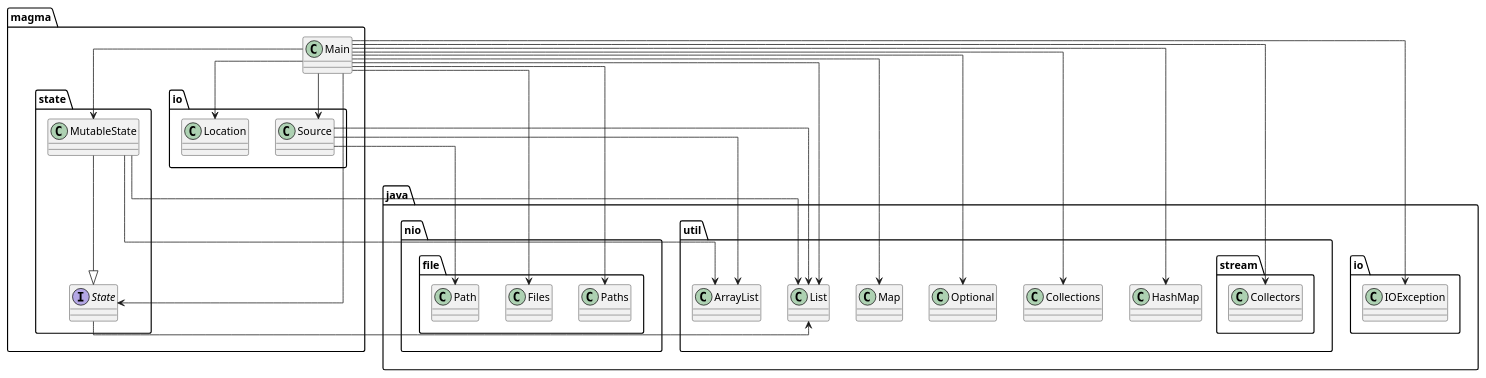
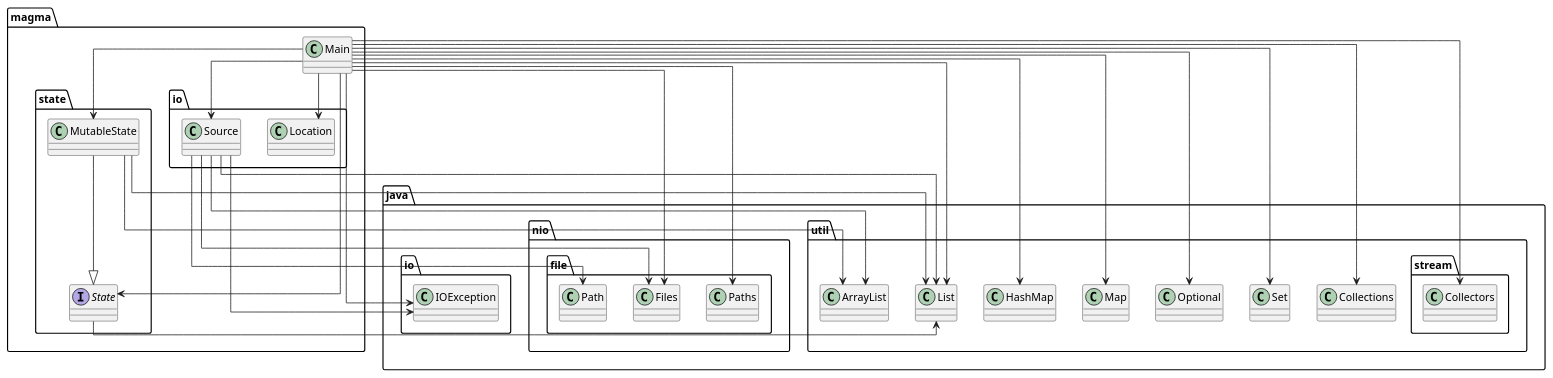
Before and after one commit to SirMathhman/Magma: the diagram in diagram.puml, drawn with PlantUML. The commit also changed 2 other files, not shown here.

```diff
--- a/diagram.puml
+++ b/diagram.puml
@@ -1,28 +1,31 @@
 @startuml
 skinparam linetype ortho
-magma.io.Source --> java.nio.file.Path
-magma.io.Source --> java.util.ArrayList
-magma.io.Source --> java.util.List
-class magma.io.Source
-magma.state.MutableState --> java.util.ArrayList
-magma.state.MutableState --> java.util.List
-class magma.state.MutableState
-magma.state.MutableState --|> magma.state.State
 class magma.io.Location
 magma.Main --> magma.io.Location
 magma.Main --> magma.io.Source
 magma.Main --> magma.state.MutableState
 magma.Main --> magma.state.State
 magma.Main --> java.io.IOException
 magma.Main --> java.nio.file.Files
 magma.Main --> java.nio.file.Paths
 magma.Main --> java.util.Collections
 magma.Main --> java.util.HashMap
 magma.Main --> java.util.List
 magma.Main --> java.util.Map
 magma.Main --> java.util.Optional
+magma.Main --> java.util.Set
 magma.Main --> java.util.stream.Collectors
 class magma.Main
 magma.state.State --> java.util.List
 interface magma.state.State
+magma.io.Source --> java.io.IOException
+magma.io.Source --> java.nio.file.Files
+magma.io.Source --> java.nio.file.Path
+magma.io.Source --> java.util.ArrayList
+magma.io.Source --> java.util.List
+class magma.io.Source
+magma.state.MutableState --> java.util.ArrayList
+magma.state.MutableState --> java.util.List
+class magma.state.MutableState
+magma.state.MutableState --|> magma.state.State
 @enduml
```
